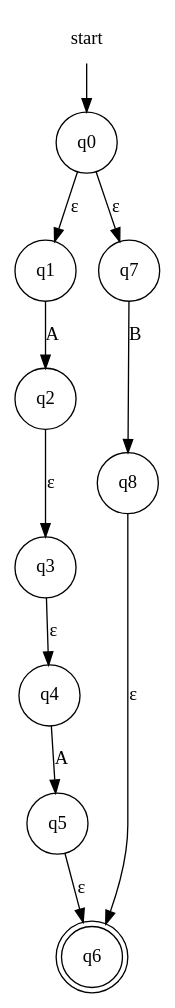
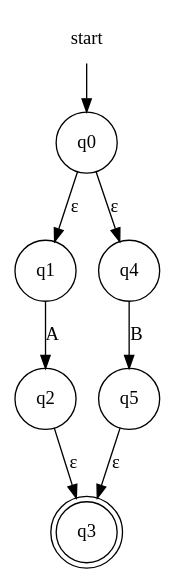
The diagram in fase1/RE-eNFA/regex_3.dot (evertheylen/TA_TO), drawn with Graphviz before and after one commit. The commit also changed 13 other files, not shown here.

```diff
--- a/fase1/RE-eNFA/regex_3.dot
+++ b/fase1/RE-eNFA/regex_3.dot
@@ -1,15 +1,12 @@
 digraph automaton {
     node [shape=none]; start;
-    node [shape=doublecircle]; "q6";
+    node [shape=doublecircle]; "q3";
     node [shape=circle];
     start -> "q0";
     "q0" -> "q1" [label="&epsilon;"];
-    "q0" -> "q7" [label="&epsilon;"];
+    "q0" -> "q4" [label="&epsilon;"];
     "q1" -> "q2" [label="A"];
     "q2" -> "q3" [label="&epsilon;"];
-    "q3" -> "q4" [label="&epsilon;"];
-    "q4" -> "q5" [label="A"];
-    "q5" -> "q6" [label="&epsilon;"];
-    "q7" -> "q8" [label="B"];
-    "q8" -> "q6" [label="&epsilon;"];
+    "q4" -> "q5" [label="B"];
+    "q5" -> "q3" [label="&epsilon;"];
 }
```
